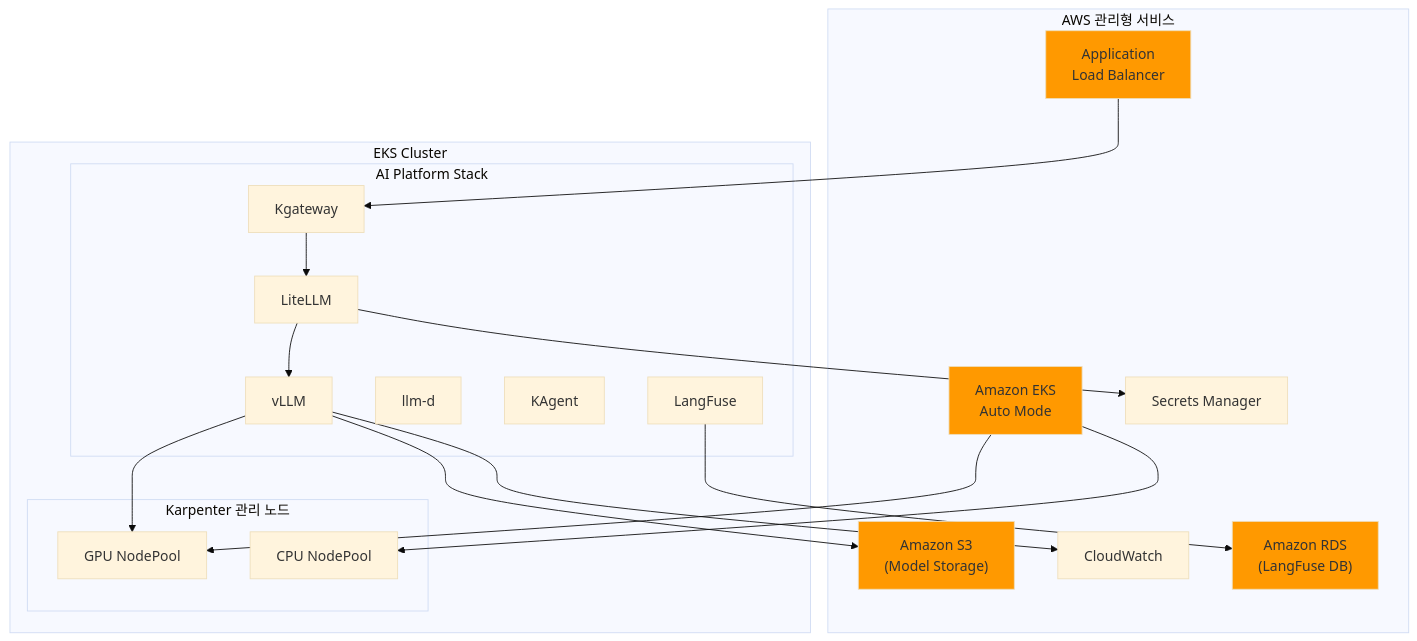
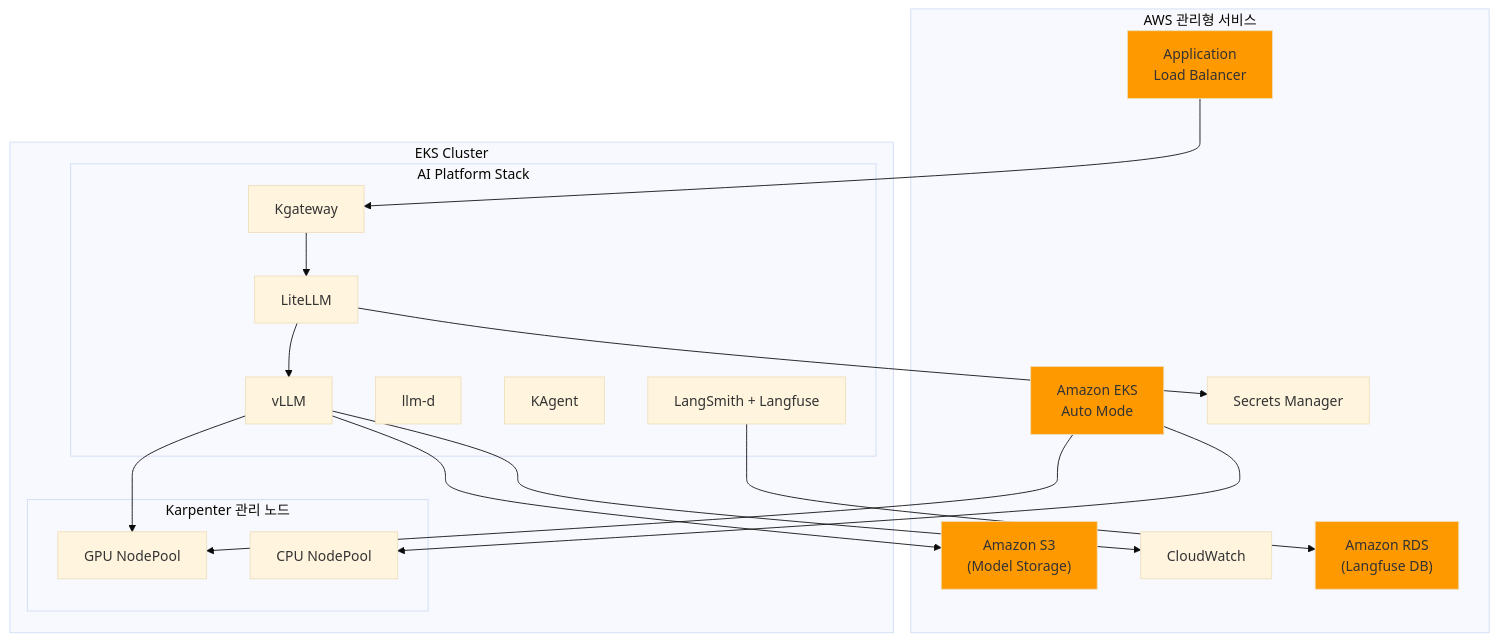
Before and after one commit to devfloor9/engineering-playbook: the ninth of 15 diagrams in docs/agentic-ai-platform/design-architecture/agentic-ai-solutions-eks.md, drawn with Mermaid (base theme). The commit also changed other lines of this file and 21 other files, not shown here.

````diff
--- a/docs/agentic-ai-platform/design-architecture/agentic-ai-solutions-eks.md
+++ b/docs/agentic-ai-platform/design-architecture/agentic-ai-solutions-eks.md
@@ -1773,41 +1773,41 @@
 ```mermaid
 graph TB
     subgraph "AWS 관리형 서비스"
         EKS["Amazon EKS<br/>Auto Mode"]
         ALB["Application<br/>Load Balancer"]
-        RDS["Amazon RDS<br/>(LangFuse DB)"]
+        RDS["Amazon RDS<br/>(Langfuse DB)"]
         S3["Amazon S3<br/>(Model Storage)"]
         SM["Secrets Manager"]
         CW["CloudWatch"]
     end
 
     subgraph "EKS Cluster"
         subgraph "Karpenter 관리 노드"
             GPU["GPU NodePool"]
             CPU["CPU NodePool"]
         end
 
         subgraph "AI Platform Stack"
             KGW["Kgateway"]
             LITE["LiteLLM"]
             VLLM["vLLM"]
             LLMD["llm-d"]
             KAGENT["KAgent"]
-            LF["LangFuse"]
+            LF["LangSmith + Langfuse"]
         end
     end
 
     EKS --> GPU & CPU
     ALB --> KGW
     KGW --> LITE --> VLLM
     VLLM --> GPU
     LF --> RDS
     VLLM --> S3
     LITE --> SM
     VLLM --> CW
 
     style EKS fill:#ff9900
     style ALB fill:#ff9900
     style RDS fill:#ff9900
     style S3 fill:#ff9900
 ```
````
